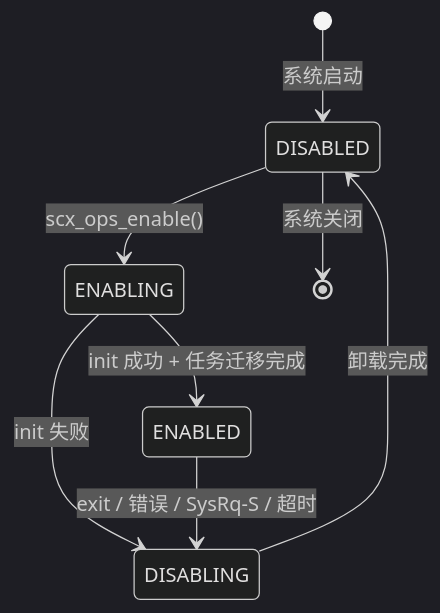
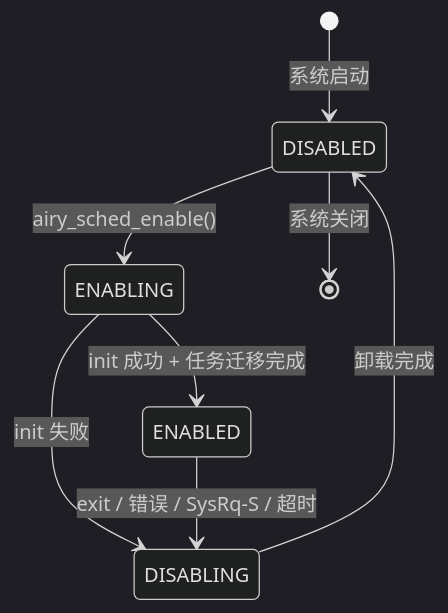
The second of 6 diagrams in AirymaxOS/40-dataflows/04-scheduling-flow.md (openairymax/docs), drawn with Mermaid (dark theme) before and after one commit. The commit also changed other lines of this file and 115 other files, not shown here.

````diff
--- a/AirymaxOS/40-dataflows/04-scheduling-flow.md
+++ b/AirymaxOS/40-dataflows/04-scheduling-flow.md
@@ -429,10 +453,10 @@
 ```mermaid
 stateDiagram-v2
     [*] --> DISABLED: 系统启动
-    DISABLED --> ENABLING: scx_ops_enable()
+    DISABLED --> ENABLING: airy_sched_enable()
     ENABLING --> ENABLED: init 成功 + 任务迁移完成
     ENABLING --> DISABLING: init 失败
     ENABLED --> DISABLING: exit / 错误 / SysRq-S / 超时
     DISABLING --> DISABLED: 卸载完成
     DISABLED --> [*]: 系统关闭
 ```
````
